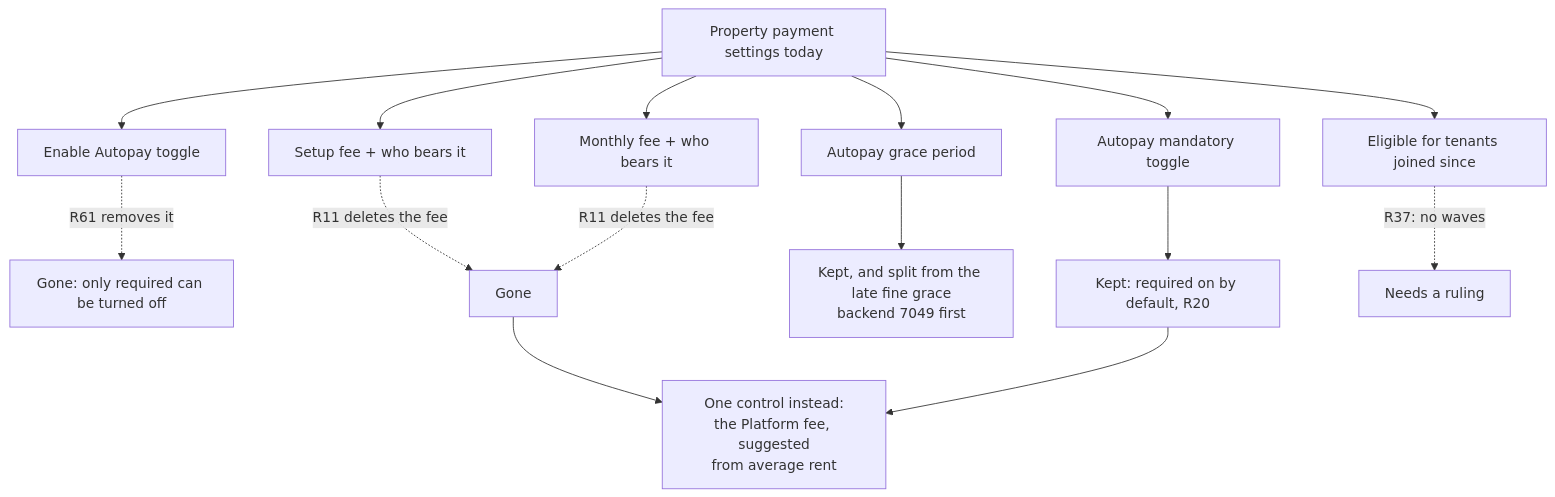
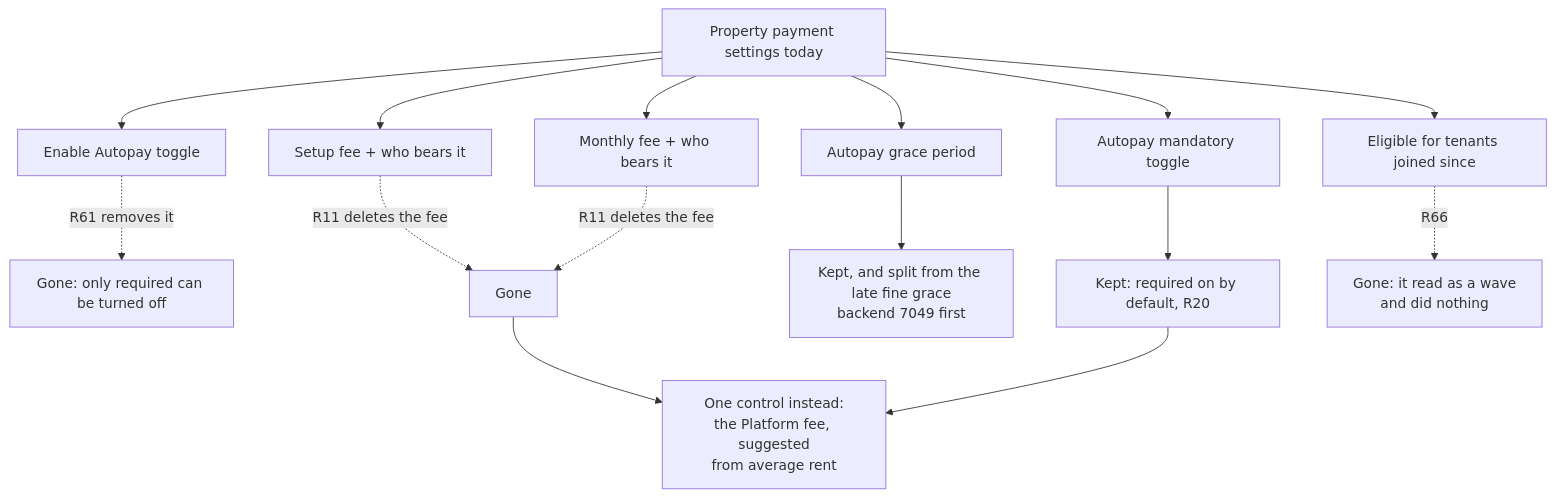
One commit to eazyapp-tech/rentok-autopay changed the second of 2 diagrams in surfaces/manager-web.md. Above: the diagram before and after it, drawn with Mermaid. The commit also changed other lines of this file and 7 other files, not shown here.

````diff
--- a/surfaces/manager-web.md
+++ b/surfaces/manager-web.md
@@ -111,17 +111,17 @@
 ```mermaid
 flowchart TD
     A[Property payment settings today] --> B[Enable Autopay toggle]
     A --> C[Autopay mandatory toggle]
     A --> D[Autopay grace period]
     A --> E[Setup fee + who bears it]
     A --> F[Monthly fee + who bears it]
     A --> G[Eligible for tenants joined since]
     B -.R61 removes it.-> H[Gone: only required can be turned off]
     C --> I[Kept: required on by default, R20]
     D --> J[Kept, and split from the late fine grace<br/>backend 7049 first]
     E -.R11 deletes the fee.-> K[Gone]
     F -.R11 deletes the fee.-> K
-    G -.R37: no waves.-> L[Needs a ruling]
+    G -.R66.-> L[Gone: it read as a wave<br/>and did nothing]
     K --> M[One control instead:<br/>the Platform fee, suggested<br/>from average rent]
     I --> M
 ```
````
